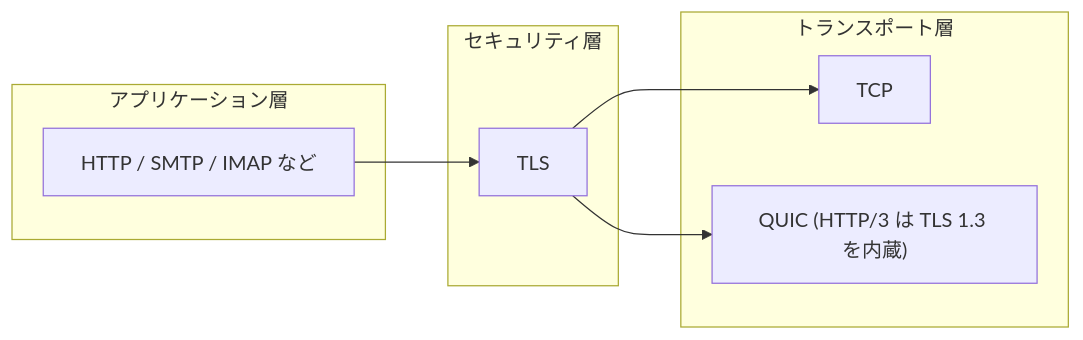
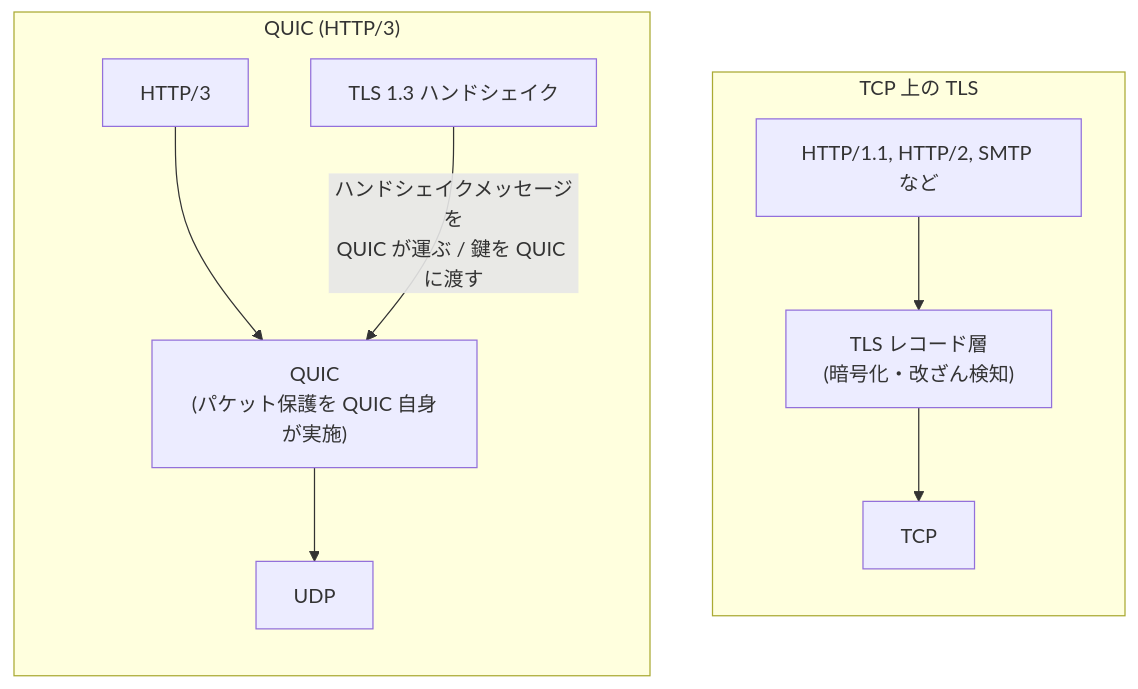
Before and after one commit to myoshi2891/Security_Studies: the second of 24 diagrams in Bulletproof-tls-pki-guide.md, drawn with Mermaid. The commit also changed other lines of this file, not shown here.

Commit message:
docs(tls): refine CT validation, session ticket analysis, and tooling examples in TLS guide

````diff
--- a/Bulletproof-tls-pki-guide.md
+++ b/Bulletproof-tls-pki-guide.md
@@ -94,16 +97,14 @@
 ```mermaid
-flowchart LR
-    subgraph App["アプリケーション層"]
-        H["HTTP / SMTP / IMAP など"]
+flowchart TB
+    subgraph OverTCP["TCP 上の TLS"]
+        direction TB
+        H1["HTTP/1.1, HTTP/2, SMTP など"] --> TR["TLS レコード層<br/>(暗号化・改ざん検知)"]
+        TR --> TCP["TCP"]
     end
-    subgraph Sec["セキュリティ層"]
-        T["TLS"]
+    subgraph OverQUIC["QUIC (HTTP/3)"]
+        direction TB
+        H3["HTTP/3"] --> Q["QUIC<br/>(パケット保護を QUIC 自身が実施)"]
+        TH["TLS 1.3 ハンドシェイク"] -- "ハンドシェイクメッセージを<br/>QUIC が運ぶ / 鍵を QUIC に渡す" --> Q
+        Q --> UDP["UDP"]
     end
-    subgraph Trans["トランスポート層"]
-        TCP["TCP"]
-        Q["QUIC (HTTP/3 は TLS 1.3 を内蔵)"]
-    end
-    H --> T
-    T --> TCP
-    T --> Q
 ```
````
